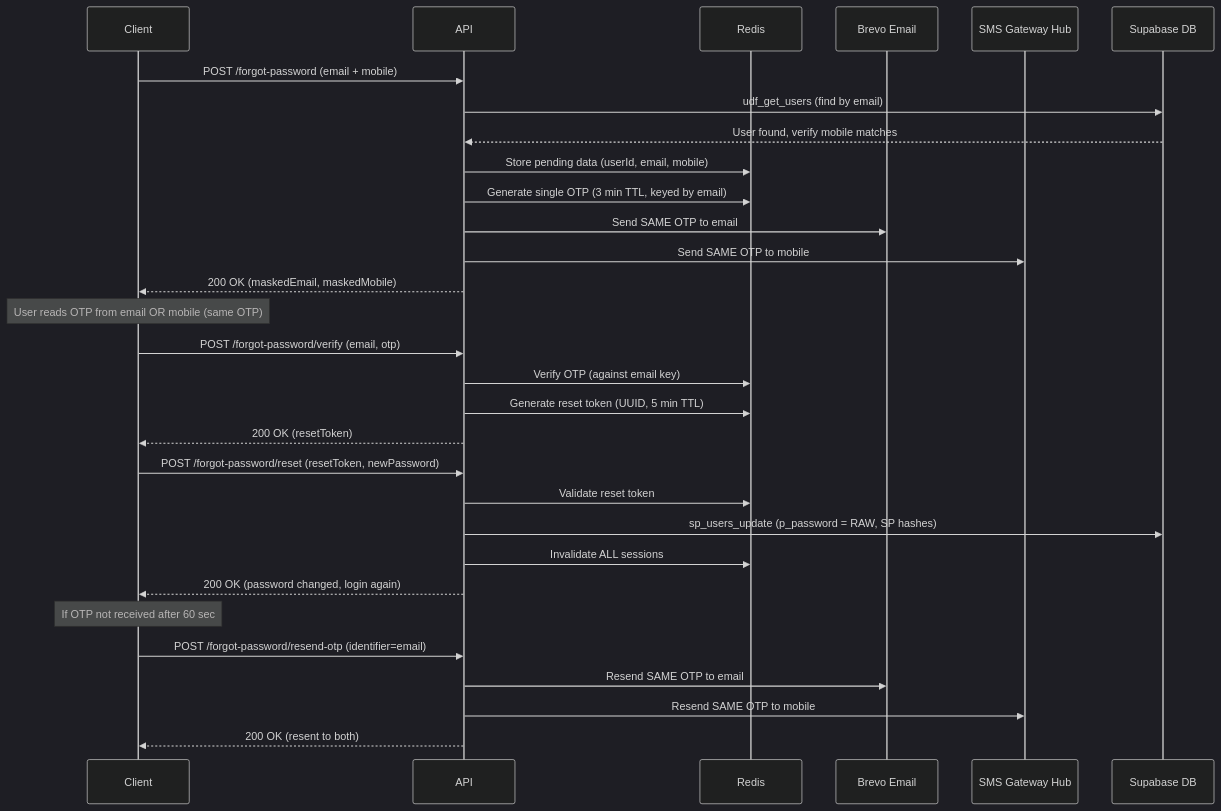
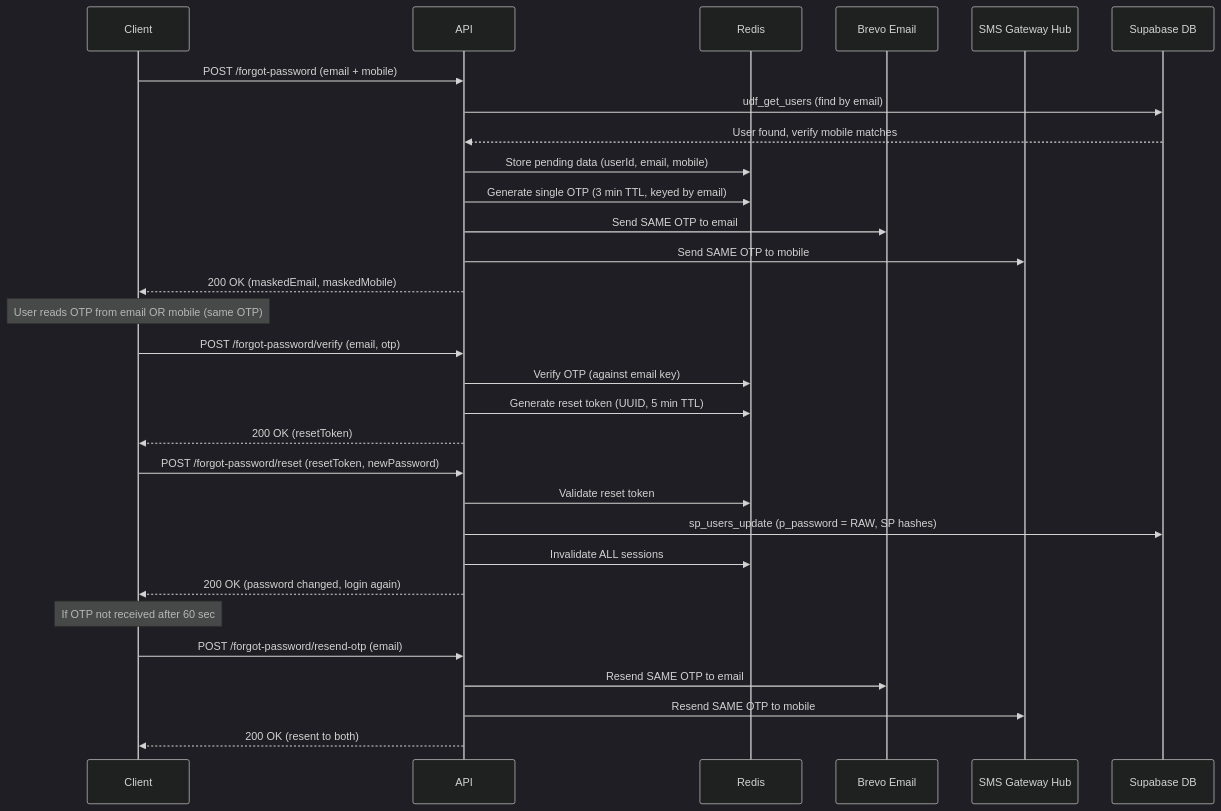
One commit to girishinindia/growupmore_api changed the third of 5 diagrams in docs/v1/auth-api-postman-guide.md. Above: the diagram before and after it, drawn with Mermaid (dark theme). The commit also changed other lines of this file and 3 other files, not shown here.

Commit message:
otp resend issue solved

````diff
--- a/docs/v1/auth-api-postman-guide.md
+++ b/docs/v1/auth-api-postman-guide.md
@@ -113,38 +113,38 @@
 ```mermaid
 sequenceDiagram
     participant Client
     participant API
     participant Redis
     participant Brevo as Brevo Email
     participant SMS as SMS Gateway Hub
     participant DB as Supabase DB
 
     Client->>API: POST /forgot-password (email + mobile)
     API->>DB: udf_get_users (find by email)
     DB-->>API: User found, verify mobile matches
     API->>Redis: Store pending data (userId, email, mobile)
     API->>Redis: Generate single OTP (3 min TTL, keyed by email)
     API->>Brevo: Send SAME OTP to email
     API->>SMS: Send SAME OTP to mobile
     API-->>Client: 200 OK (maskedEmail, maskedMobile)
 
     Note over Client: User reads OTP from email OR mobile (same OTP)
 
     Client->>API: POST /forgot-password/verify (email, otp)
     API->>Redis: Verify OTP (against email key)
     API->>Redis: Generate reset token (UUID, 5 min TTL)
     API-->>Client: 200 OK (resetToken)
 
     Client->>API: POST /forgot-password/reset (resetToken, newPassword)
     API->>Redis: Validate reset token
     API->>DB: sp_users_update (p_password = RAW, SP hashes)
     API->>Redis: Invalidate ALL sessions
     API-->>Client: 200 OK (password changed, login again)
 
     Note over Client: If OTP not received after 60 sec
 
-    Client->>API: POST /forgot-password/resend-otp (identifier=email)
+    Client->>API: POST /forgot-password/resend-otp (email)
     API->>Brevo: Resend SAME OTP to email
     API->>SMS: Resend SAME OTP to mobile
     API-->>Client: 200 OK (resent to both)
 ```
````
